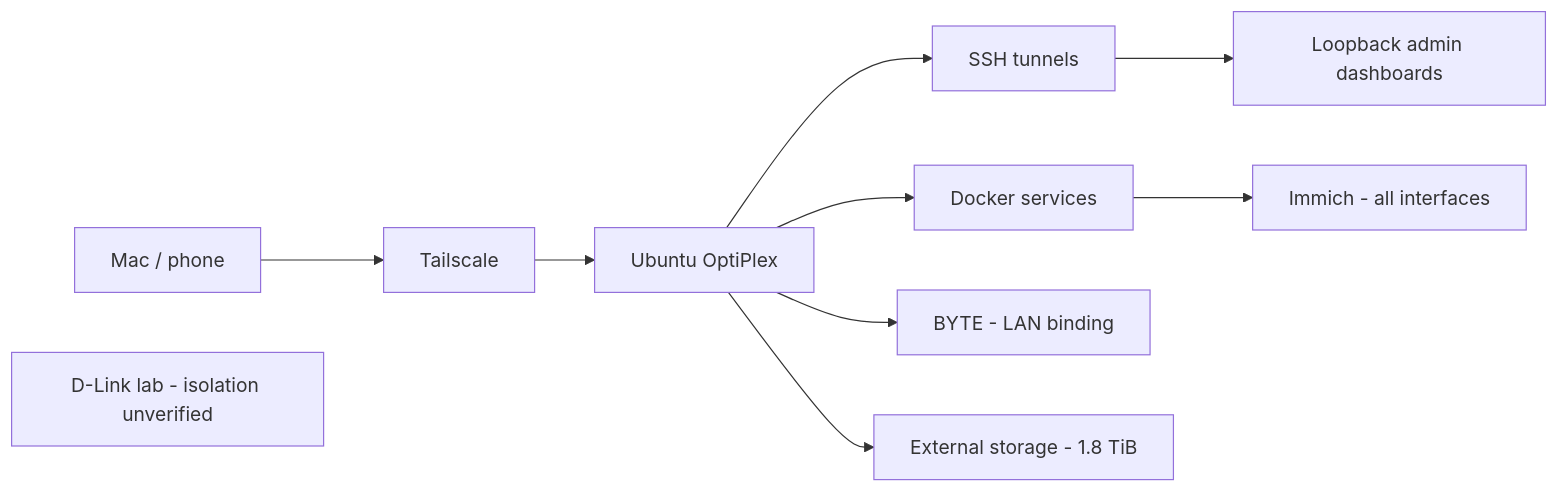
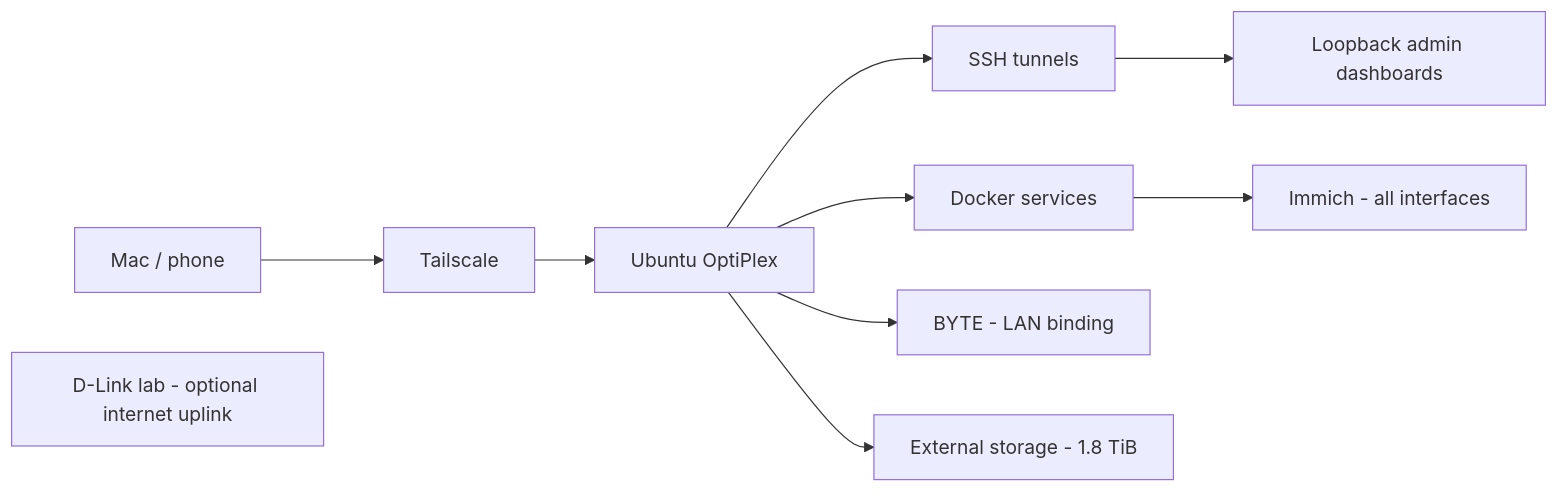
The diagram in architecture/README.md (janavsatija/BLCKBX1), drawn with Mermaid before and after one commit. The commit also changed other lines of this file, not shown here.

Commit message:
Document operational D-Link and on-demand internet connectivity

````diff
--- a/architecture/README.md
+++ b/architecture/README.md
@@ -9,12 +9,12 @@
 ```mermaid
 flowchart LR
   Client[Mac / phone] --> VPN[Tailscale]
   VPN --> Host[Ubuntu OptiPlex]
   Host --> SSH[SSH tunnels]
   SSH --> Admin[Loopback admin dashboards]
   Host --> Docker[Docker services]
   Docker --> Immich[Immich - all interfaces]
   Host --> BYTE[BYTE - LAN binding]
   Host --> Disk[External storage - 1.8 TiB]
-  DLink[D-Link lab - isolation unverified]
+  DLink[D-Link lab - optional internet uplink]
 ```
````
